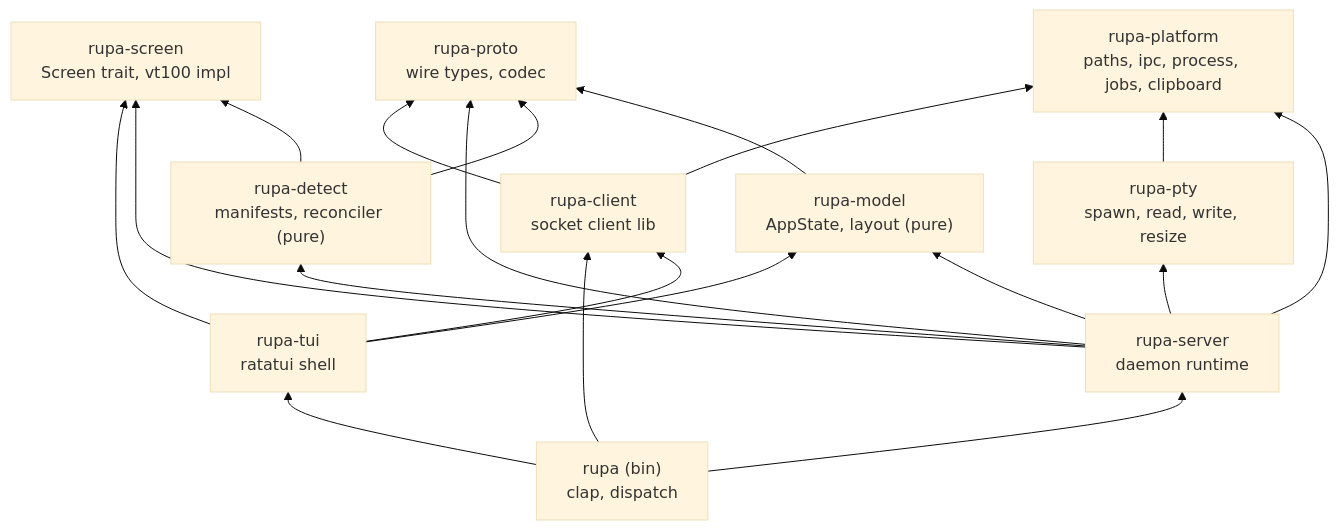
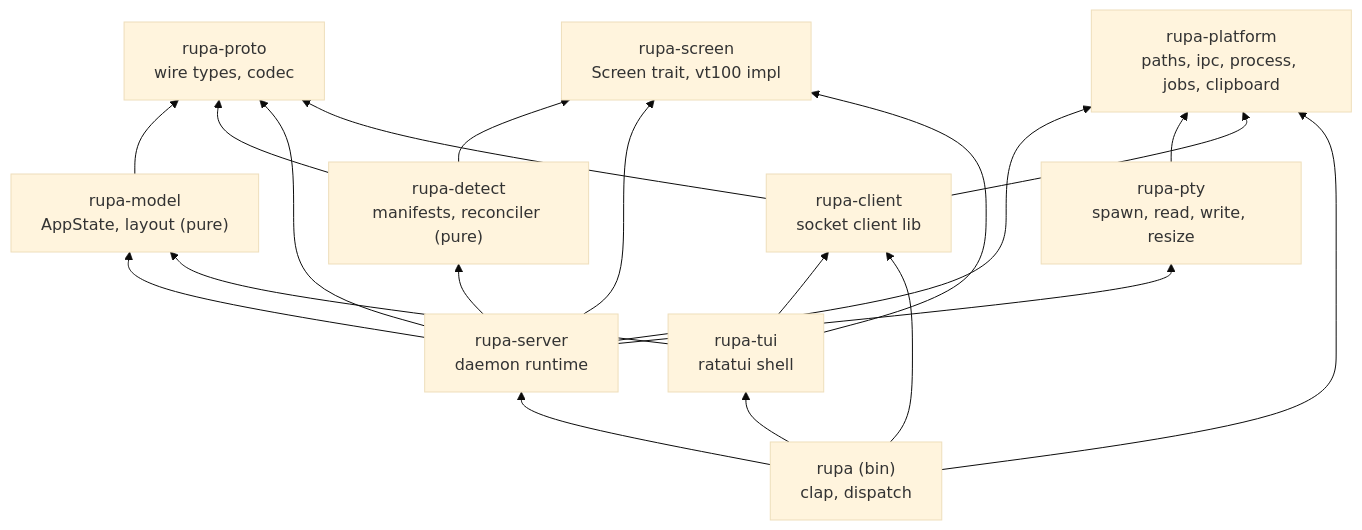
The fifth of 18 diagrams in TECH_SPEC.md (Shivam-Prajapati-59/Rupa), drawn with Mermaid (base theme) before and after one commit. The commit also changed other lines of this file and 21 other files, not shown here.

````diff
--- a/TECH_SPEC.md
+++ b/TECH_SPEC.md
@@ -324,31 +324,32 @@
 ```mermaid
 flowchart BT
     proto["rupa-proto<br/>wire types, codec"]
     platform["rupa-platform<br/>paths, ipc, process, jobs, clipboard"]
     screen["rupa-screen<br/>Screen trait, vt100 impl"]
     pty["rupa-pty<br/>spawn, read, write, resize"]
     detect["rupa-detect<br/>manifests, reconciler (pure)"]
     model["rupa-model<br/>AppState, layout (pure)"]
     server["rupa-server<br/>daemon runtime"]
     client["rupa-client<br/>socket client lib"]
     tui["rupa-tui<br/>ratatui shell"]
     bin["rupa (bin)<br/>clap, dispatch"]
     model --> proto
     detect --> screen
     detect --> proto
     server --> model
     server --> detect
     server --> pty
     server --> screen
     server --> platform
     server --> proto
     pty --> platform
     client --> proto
     client --> platform
     tui --> client
     tui --> model
     tui --> screen
     bin --> server
     bin --> tui
     bin --> client
+    bin --> platform
 ```
````
